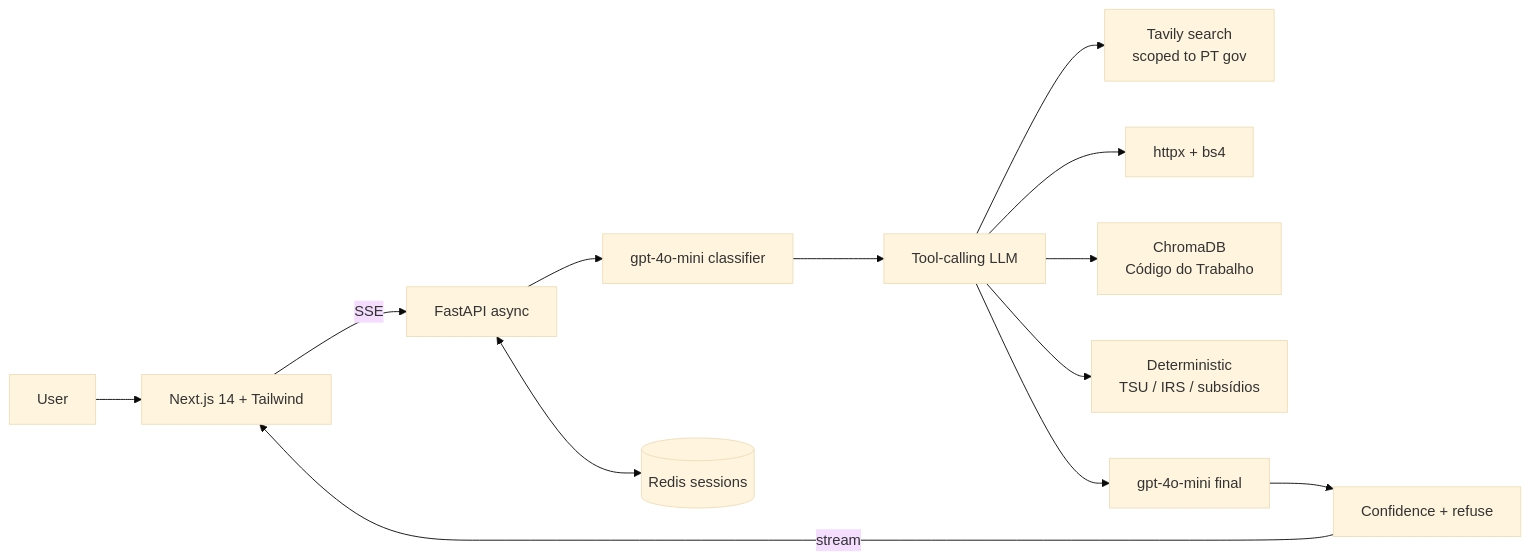
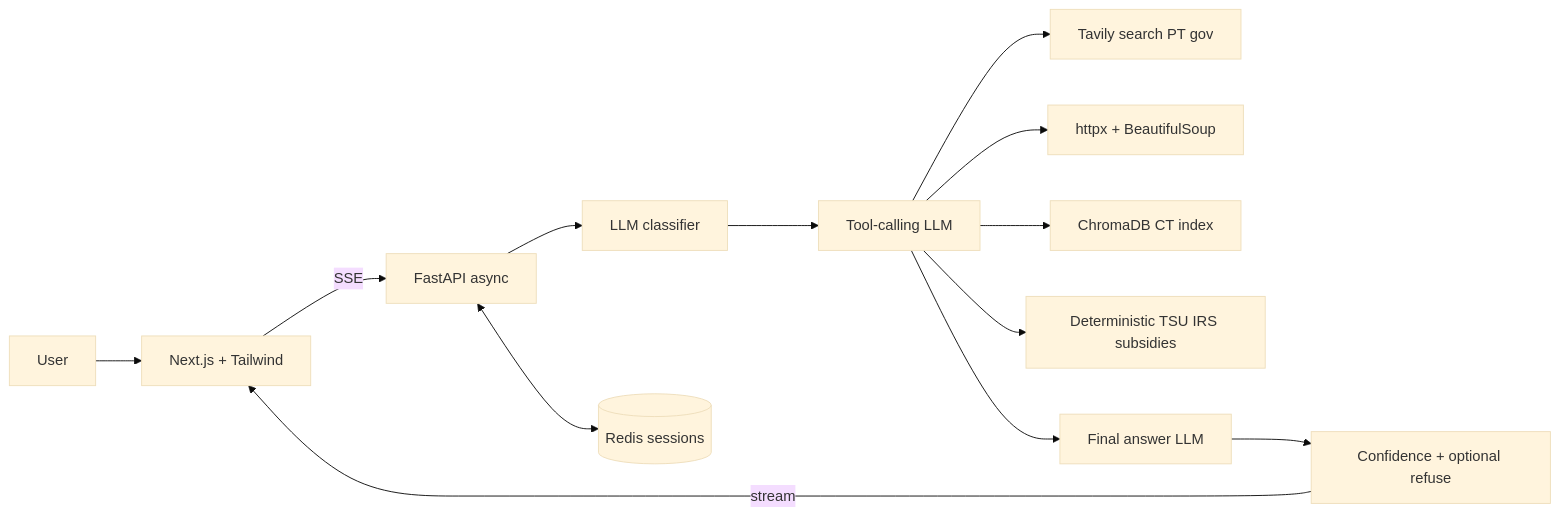
Before and after one commit to solerpedroo/case_homodeus: the diagram in README.md, drawn with Mermaid (base theme). The commit also changed other lines of this file and 1 other file, not shown here.

````diff
--- a/README.md
+++ b/README.md
@@ -18,15 +186,15 @@
 ```mermaid
 flowchart LR
-    User --> Frontend[Next.js 14 + Tailwind]
+    User --> Frontend[Next.js + Tailwind]
     Frontend -->|SSE| Backend[FastAPI async]
-    Backend --> Classifier[gpt-4o-mini classifier]
+    Backend --> Classifier[LLM classifier]
     Classifier --> Planner[Tool-calling LLM]
-    Planner --> Web[Tavily search<br/>scoped to PT gov]
-    Planner --> Fetch[httpx + bs4]
-    Planner --> Index[ChromaDB<br/>Código do Trabalho]
-    Planner --> Calc[Deterministic<br/>TSU / IRS / subsídios]
-    Planner --> Generator[gpt-4o-mini final]
-    Generator --> Score[Confidence + refuse]
+    Planner --> Web[Tavily search PT gov]
+    Planner --> Fetch[httpx + BeautifulSoup]
+    Planner --> Index[ChromaDB CT index]
+    Planner --> Calc[Deterministic TSU IRS subsidies]
+    Planner --> Generator[Final answer LLM]
+    Generator --> Score[Confidence + optional refuse]
     Score -->|stream| Frontend
     Backend <--> Redis[(Redis sessions)]
 ```
````
